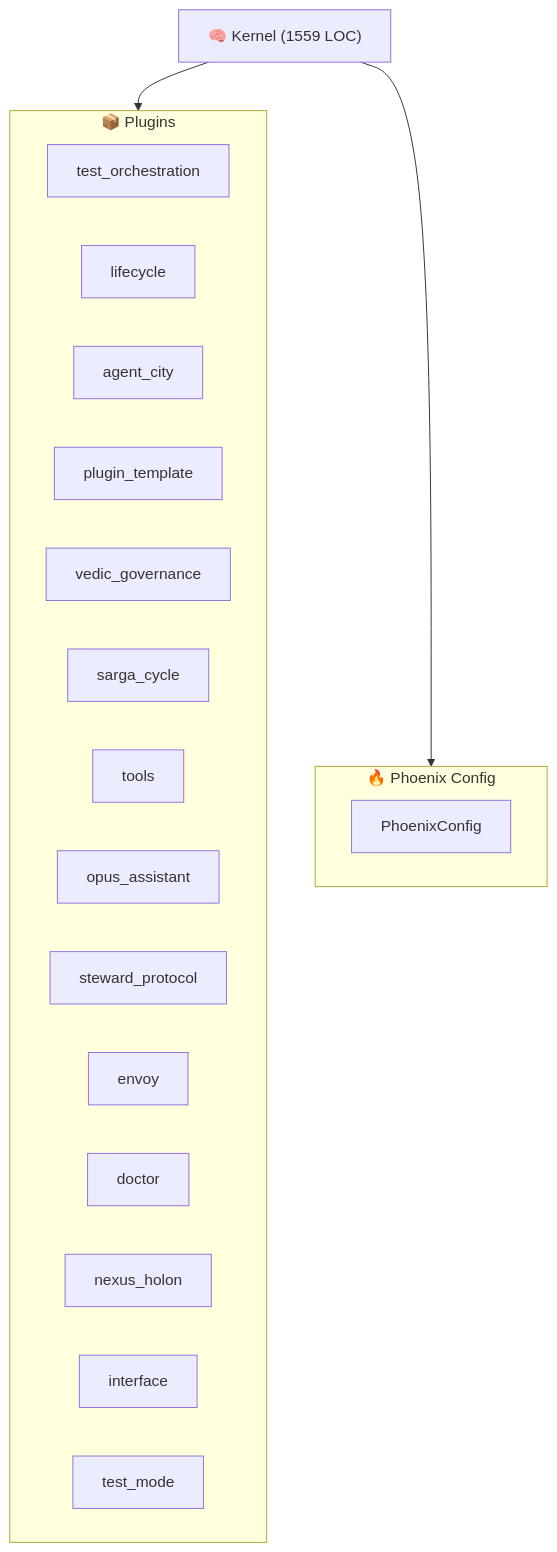
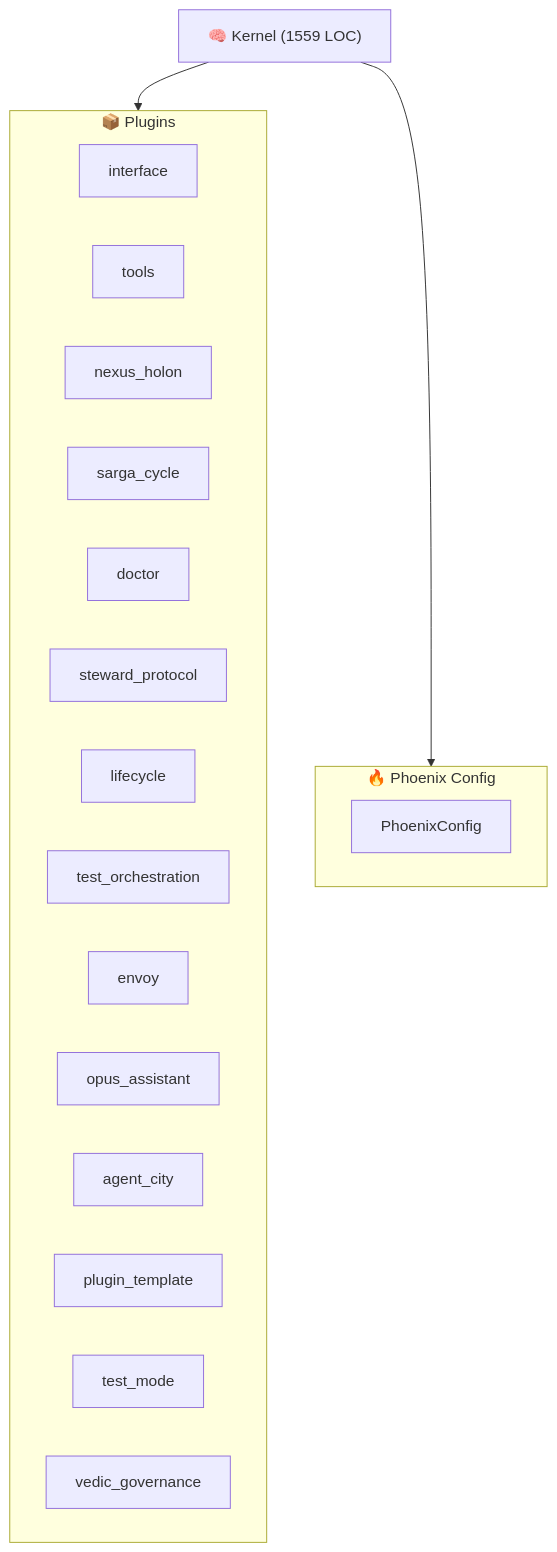
One commit to kimeisele/steward-protocol changed the diagram in ARCHITECTURE.md. Above: the diagram before and after it, drawn with Mermaid. The commit also changed other lines of this file and 12 other files, not shown here.

````diff
--- a/ARCHITECTURE.md
+++ b/ARCHITECTURE.md
@@ -8,25 +8,25 @@
 ```mermaid
 graph TB
     K["🧠 Kernel (1559 LOC)"]
     subgraph Plugins["📦 Plugins"]
+        P_interface["interface"]
+        P_tools["tools"]
+        P_nexus_holon["nexus_holon"]
+        P_sarga_cycle["sarga_cycle"]
+        P_doctor["doctor"]
+        P_steward_protocol["steward_protocol"]
+        P_lifecycle["lifecycle"]
         P_test_orchestration["test_orchestration"]
-        P_lifecycle["lifecycle"]
+        P_envoy["envoy"]
+        P_opus_assistant["opus_assistant"]
         P_agent_city["agent_city"]
         P_plugin_template["plugin_template"]
+        P_test_mode["test_mode"]
         P_vedic_governance["vedic_governance"]
-        P_sarga_cycle["sarga_cycle"]
-        P_tools["tools"]
-        P_opus_assistant["opus_assistant"]
-        P_steward_protocol["steward_protocol"]
-        P_envoy["envoy"]
-        P_doctor["doctor"]
-        P_nexus_holon["nexus_holon"]
-        P_interface["interface"]
-        P_test_mode["test_mode"]
     end
     K --> Plugins
     subgraph Config["🔥 Phoenix Config"]
         PC[PhoenixConfig]
     end
     K --> Config
 ```
````
